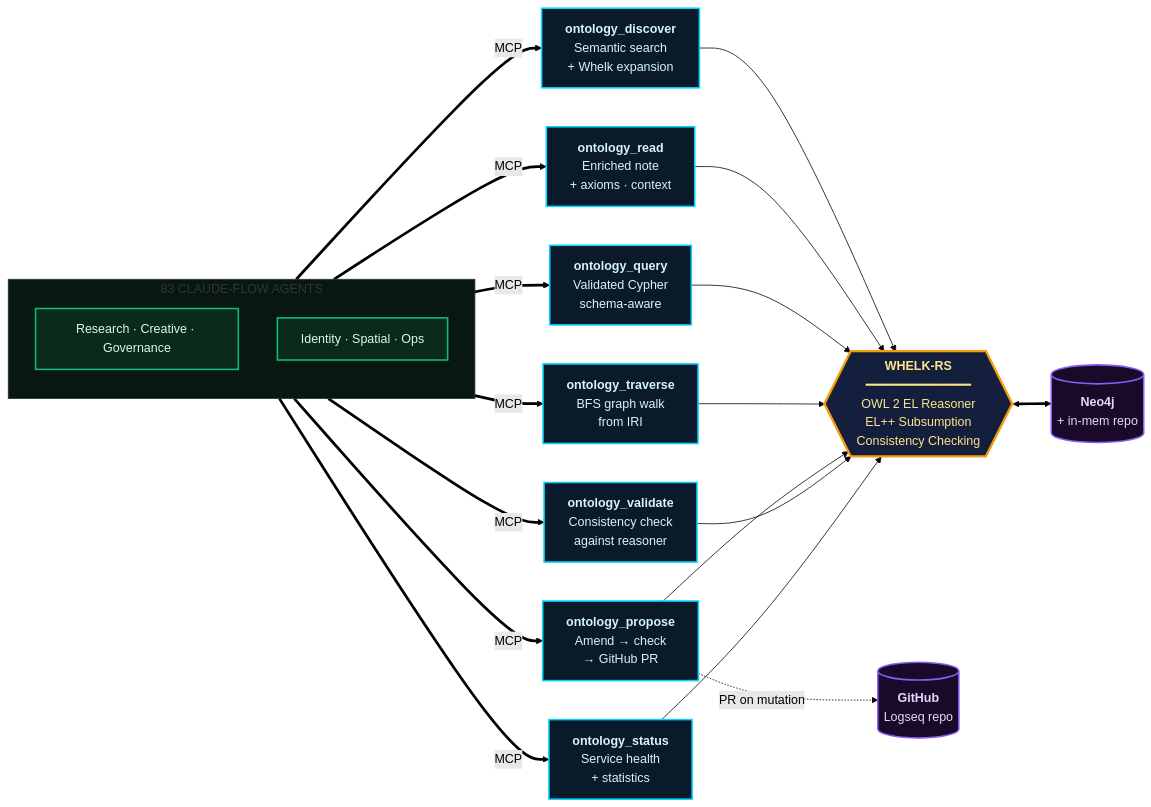
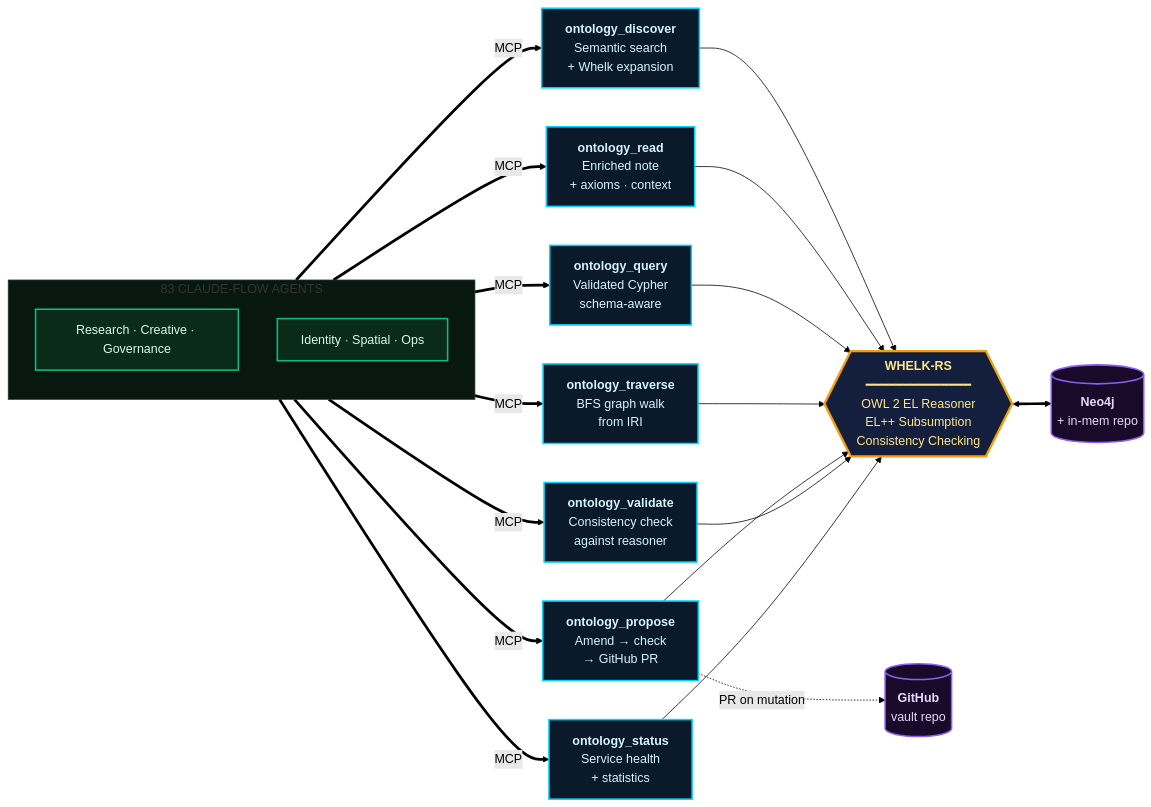
The diagram in docs/assets/diagrams/04-mcp-tools-radial.mmd (DreamLab-AI/AR-AI-Knowledge-Graph), drawn with Mermaid (forest theme) before and after one commit. The commit also changed 35 other files, not shown here.

First line of the commit message:
docs: describe the Obsidian-vault corpus across living docs (Logseq → vault sweep)

```diff
--- a/docs/assets/diagrams/04-mcp-tools-radial.mmd
+++ b/docs/assets/diagrams/04-mcp-tools-radial.mmd
@@ -1,45 +1,45 @@
 flowchart LR
     subgraph AGENTS["  83 CLAUDE-FLOW AGENTS  "]
         direction TB
         A1["Research · Creative · Governance"]:::agent
         A2["Identity · Spatial · Ops"]:::agent
     end
 
     CORE{{"<b>WHELK-RS</b><br/>━━━━━━━━━━━━━━<br/>OWL 2 EL Reasoner<br/>EL++ Subsumption<br/>Consistency Checking"}}:::core
 
     T1["<b>ontology_discover</b><br/>Semantic search<br/>+ Whelk expansion"]:::tool
     T2["<b>ontology_read</b><br/>Enriched note<br/>+ axioms · context"]:::tool
     T3["<b>ontology_query</b><br/>Validated Cypher<br/>schema-aware"]:::tool
     T4["<b>ontology_traverse</b><br/>BFS graph walk<br/>from IRI"]:::tool
     T5["<b>ontology_propose</b><br/>Amend → check<br/>→ GitHub PR"]:::tool
     T6["<b>ontology_validate</b><br/>Consistency check<br/>against reasoner"]:::tool
     T7["<b>ontology_status</b><br/>Service health<br/>+ statistics"]:::tool
 
     STORE[("<b>Neo4j</b><br/>+ in-mem repo")]:::store
-    GH[("<b>GitHub</b><br/>Logseq repo")]:::store
+    GH[("<b>GitHub</b><br/>vault repo")]:::store
 
     AGENTS ==>|"MCP"| T1
     AGENTS ==>|"MCP"| T2
     AGENTS ==>|"MCP"| T3
     AGENTS ==>|"MCP"| T4
     AGENTS ==>|"MCP"| T5
     AGENTS ==>|"MCP"| T6
     AGENTS ==>|"MCP"| T7
 
     T1 --> CORE
     T2 --> CORE
     T3 --> CORE
     T4 --> CORE
     T5 --> CORE
     T6 --> CORE
     T7 --> CORE
 
     CORE <==> STORE
     T5 -.->|"PR on mutation"| GH
 
     classDef core fill:#141F3D,stroke:#F59E0B,stroke-width:3px,color:#FDE68A
     classDef tool fill:#0A1A2A,stroke:#00D4FF,stroke-width:2px,color:#D5F4FC
     classDef agent fill:#0A2A1A,stroke:#10B981,stroke-width:2px,color:#D5FCE8
     classDef store fill:#1A0A2A,stroke:#8B5CF6,stroke-width:2px,color:#E8D5FC
 
     style AGENTS fill:#081810,stroke:#1E3A2E,stroke-width:1px
```
